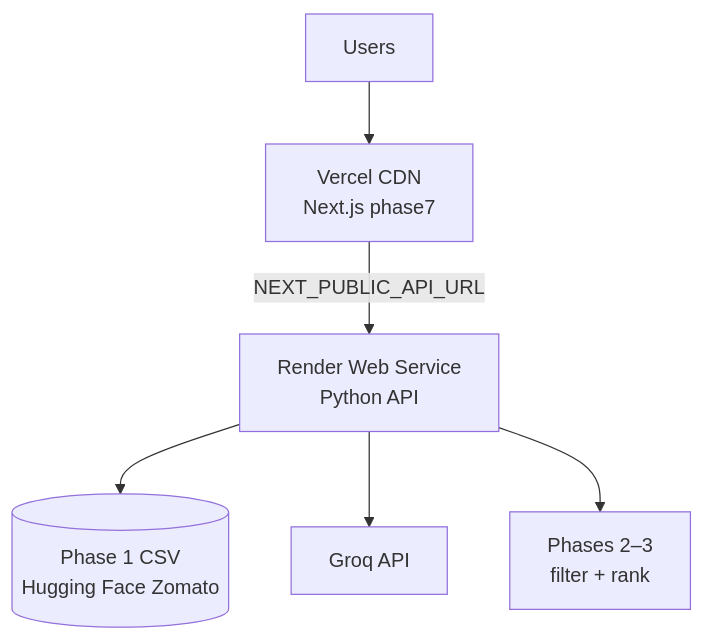
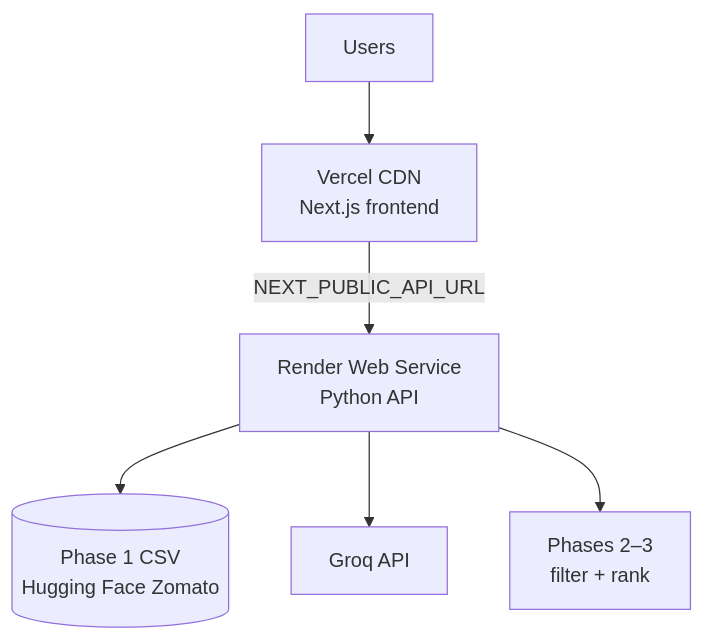
Before and after one commit to nroy01438/Zomato-Project: the sixth of 7 diagrams in d/phasedarchitecture.md, drawn with Mermaid. The commit also changed other lines of this file and 37 other files, not shown here.

First line of the commit message:
Rename phase7 to frontend for Vercel root directory.

````diff
--- a/d/phasedarchitecture.md
+++ b/d/phasedarchitecture.md
@@ -398,8 +398,8 @@
 ```mermaid
 flowchart TD
-    USER[Users] --> VERCEL[Vercel CDN\nNext.js phase7]
+    USER[Users] --> VERCEL[Vercel CDN\nNext.js frontend]
     VERCEL -->|NEXT_PUBLIC_API_URL| RENDER[Render Web Service\nPython API]
     RENDER --> CSV[(Phase 1 CSV\nHugging Face Zomato)]
     RENDER --> GROQ[Groq API]
     RENDER --> P35[Phases 2–3\nfilter + rank]
 ```
````
